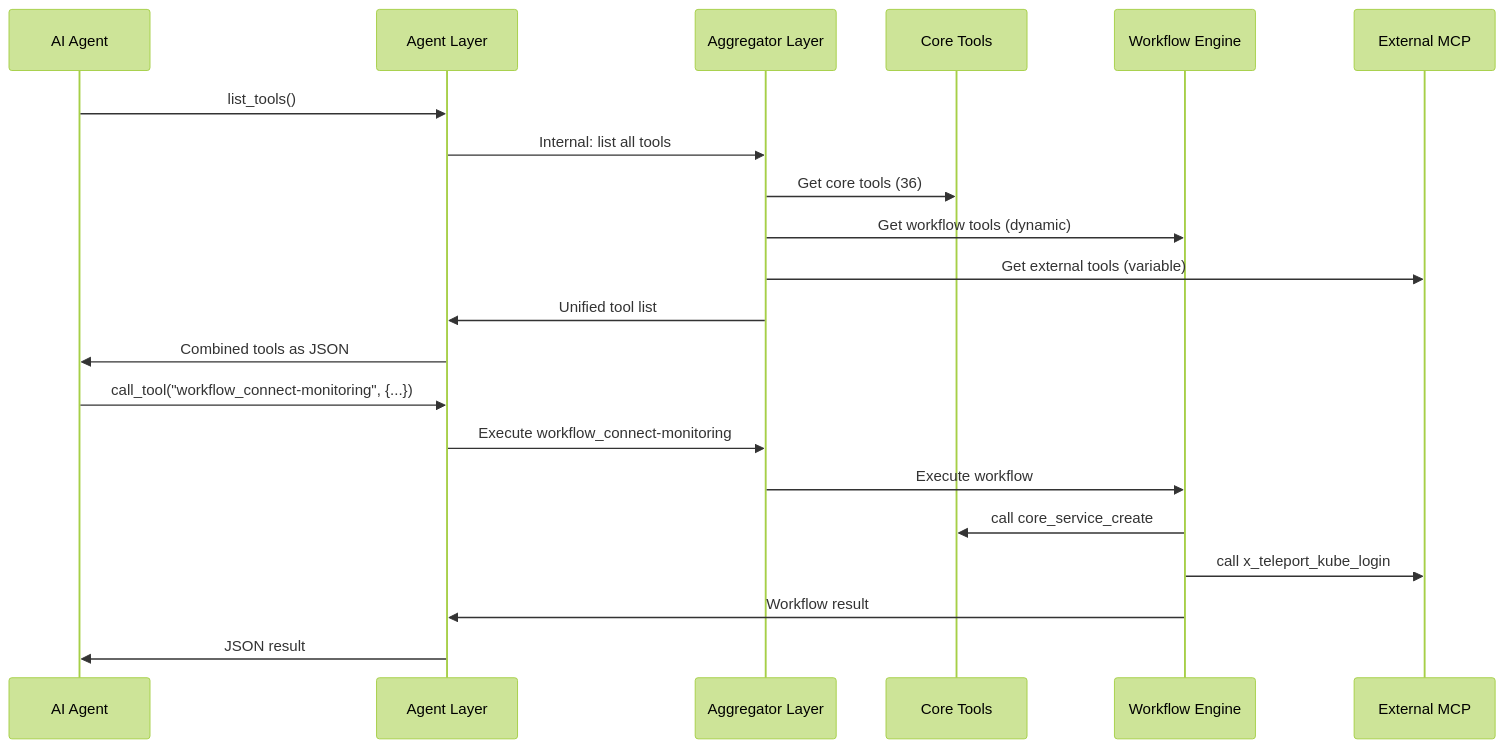
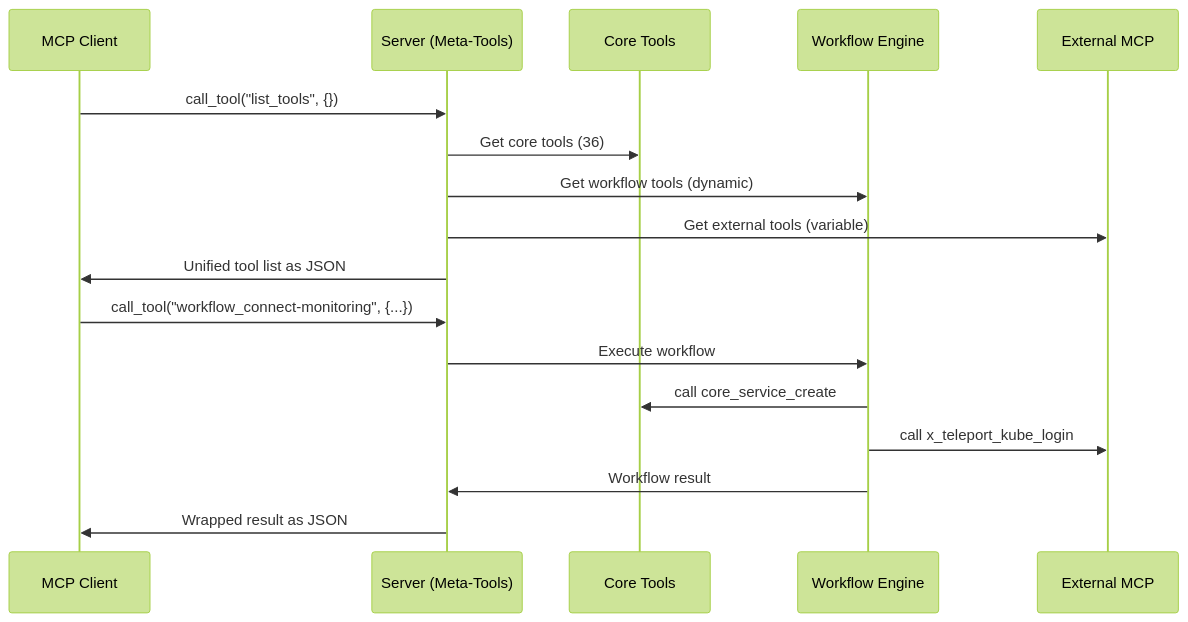
One commit to giantswarm/muster changed the fifth of 5 diagrams in docs/explanation/architecture.md. Above: the diagram before and after it, drawn with Mermaid (forest theme). The commit also changed other lines of this file and 8 other files, not shown here.

First line of the commit message:
Docs: Server-Side Meta-Tools Documentation (closes #345)

````diff
--- a/docs/explanation/architecture.md
+++ b/docs/explanation/architecture.md
@@ -206,25 +223,21 @@
 ```mermaid
 sequenceDiagram
-    participant Agent as AI Agent
-    participant AgentLayer as Agent Layer
-    participant AggLayer as Aggregator Layer
+    participant Client as MCP Client
+    participant Server as Server (Meta-Tools)
     participant Core as Core Tools
     participant WF as Workflow Engine
     participant Ext as External MCP
 
-    Agent->>AgentLayer: list_tools()
-    AgentLayer->>AggLayer: Internal: list all tools
-    AggLayer->>Core: Get core tools (36)
-    AggLayer->>WF: Get workflow tools (dynamic)
-    AggLayer->>Ext: Get external tools (variable)
-    AggLayer->>AgentLayer: Unified tool list
-    AgentLayer->>Agent: Combined tools as JSON
+    Client->>Server: call_tool("list_tools", {})
+    Server->>Core: Get core tools (36)
+    Server->>WF: Get workflow tools (dynamic)
+    Server->>Ext: Get external tools (variable)
+    Server->>Client: Unified tool list as JSON
 
-    Agent->>AgentLayer: call_tool("workflow_connect-monitoring", {...})
-    AgentLayer->>AggLayer: Execute workflow_connect-monitoring
-    AggLayer->>WF: Execute workflow
+    Client->>Server: call_tool("workflow_connect-monitoring", {...})
+    Server->>WF: Execute workflow
     WF->>Core: call core_service_create
     WF->>Ext: call x_teleport_kube_login
-    WF->>AgentLayer: Workflow result
-    AgentLayer->>Agent: JSON result
+    WF->>Server: Workflow result
+    Server->>Client: Wrapped result as JSON
 ```
````
